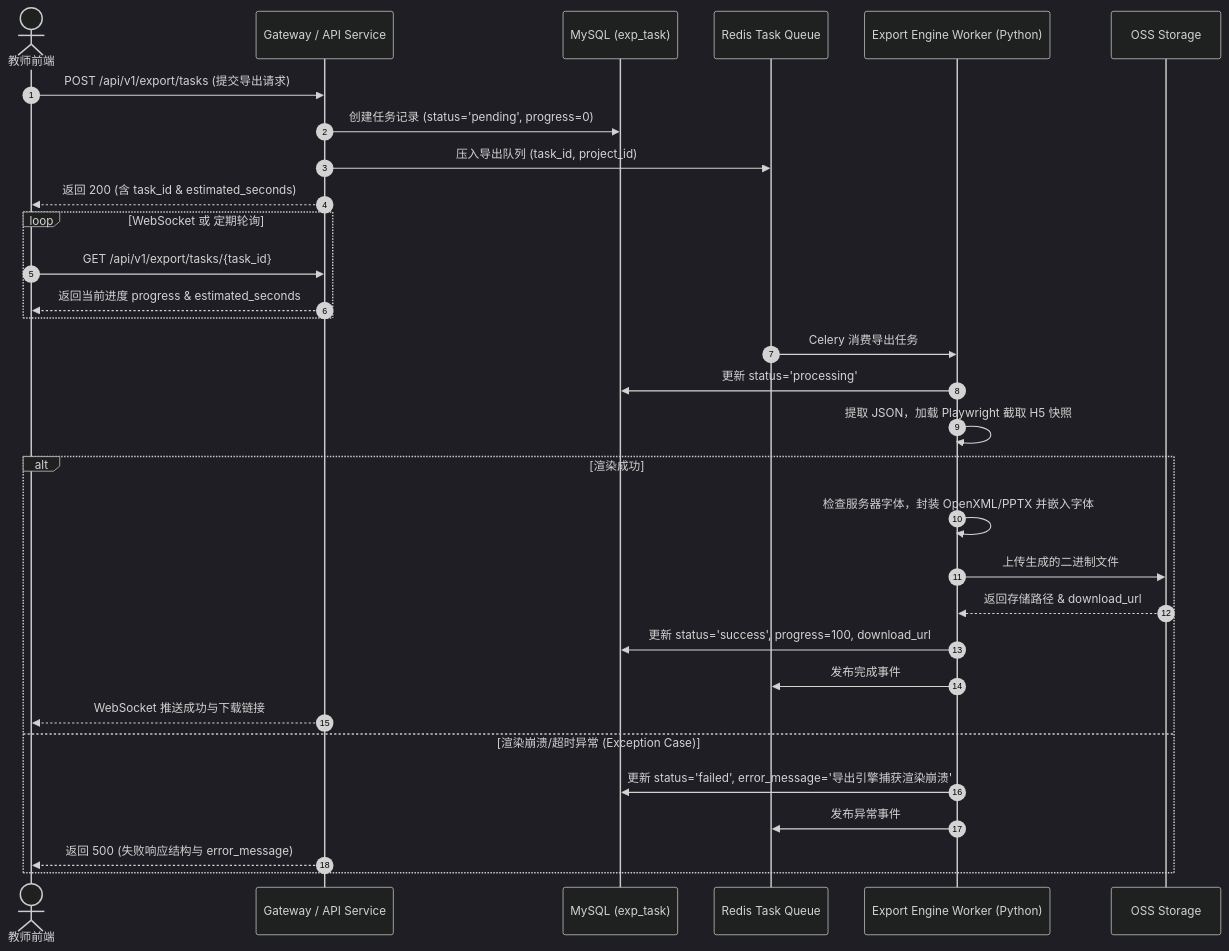
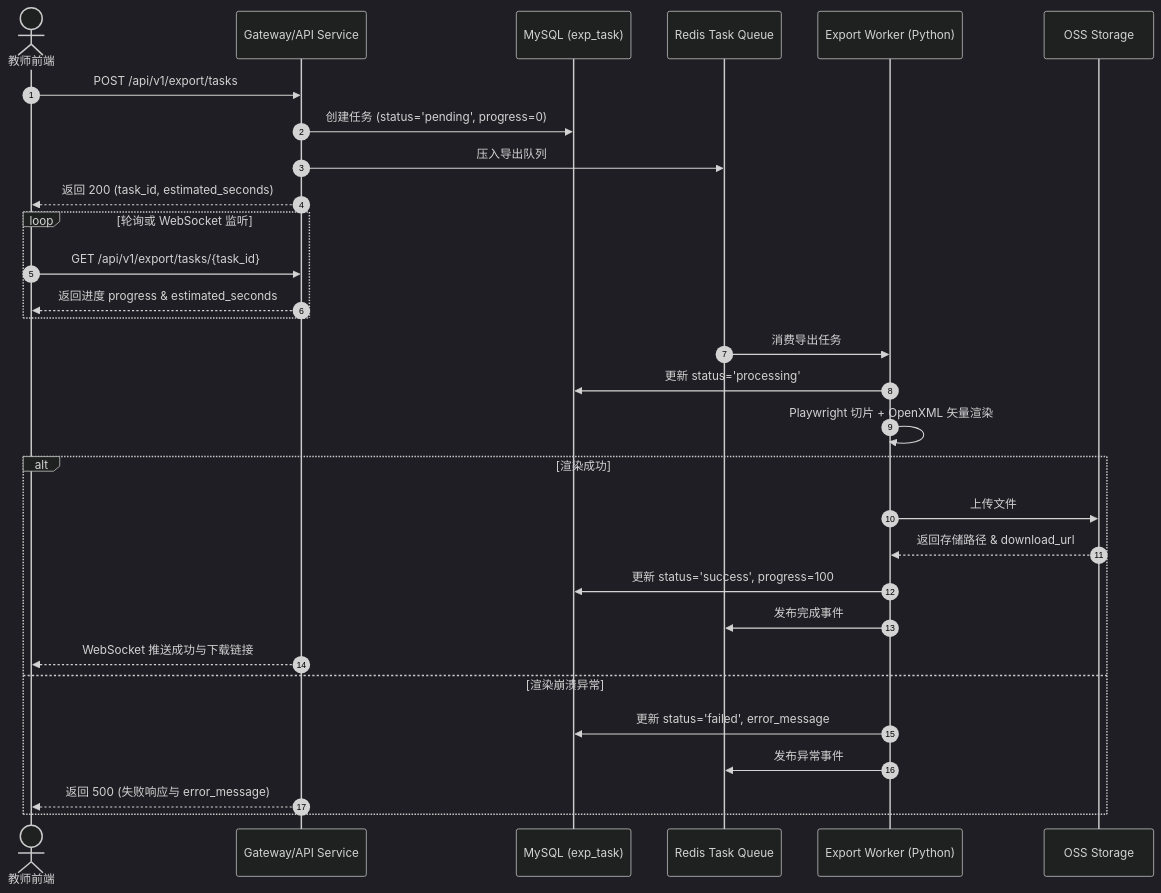
Before and after one commit to ltyqa/MyNote: the first of 2 diagrams in 服务外包2026/模块5和模块6_详细设计.md, drawn with Mermaid (dark theme). The commit also changed other lines of this file and 1 other file, not shown here.

````diff
--- a/服务外包2026/模块5和模块6_详细设计.md
+++ b/服务外包2026/模块5和模块6_详细设计.md
@@ -99,37 +154,36 @@
 ```mermaid
 sequenceDiagram
     autonumber
     actor Teacher as 教师前端
-    participant API as Gateway / API Service
+    participant API as Gateway/API Service
     participant TaskDB as MySQL (exp_task)
     participant Redis as Redis Task Queue
-    participant Worker as Export Engine Worker (Python)
+    participant Worker as Export Worker (Python)
     participant OSS as OSS Storage
 
-    Teacher->>API: POST /api/v1/export/tasks (提交导出请求)
-    API->>TaskDB: 创建任务记录 (status='pending', progress=0)
-    API->>Redis: 压入导出队列 (task_id, project_id)
-    API-->>Teacher: 返回 200 (含 task_id & estimated_seconds)
+    Teacher->>API: POST /api/v1/export/tasks
+    API->>TaskDB: 创建任务 (status='pending', progress=0)
+    API->>Redis: 压入导出队列
+    API-->>Teacher: 返回 200 (task_id, estimated_seconds)
 
-    loop WebSocket 或 定期轮询
+    loop 轮询或 WebSocket 监听
         Teacher->>API: GET /api/v1/export/tasks/{task_id}
-        API-->>Teacher: 返回当前进度 progress & estimated_seconds
+        API-->>Teacher: 返回进度 progress & estimated_seconds
     end
 
-    Redis->>Worker: Celery 消费导出任务
+    Redis->>Worker: 消费导出任务
     Worker->>TaskDB: 更新 status='processing'
-    Worker->>Worker: 提取 JSON，加载 Playwright 截取 H5 快照
+    Worker->>Worker: Playwright 切片 + OpenXML 矢量渲染
     
     alt 渲染成功
-        Worker->>Worker: 检查服务器字体，封装 OpenXML/PPTX 并嵌入字体
-        Worker->>OSS: 上传生成的二进制文件
+        Worker->>OSS: 上传文件
         OSS-->>Worker: 返回存储路径 & download_url
-        Worker->>TaskDB: 更新 status='success', progress=100, download_url
+        Worker->>TaskDB: 更新 status='success', progress=100
         Worker->>Redis: 发布完成事件
         API-->>Teacher: WebSocket 推送成功与下载链接
-    else 渲染崩溃/超时异常 (Exception Case)
-        Worker->>TaskDB: 更新 status='failed', error_message='导出引擎捕获渲染崩溃'
+    else 渲染崩溃异常
+        Worker->>TaskDB: 更新 status='failed', error_message
         Worker->>Redis: 发布异常事件
-        API-->>Teacher: 返回 500 (失败响应结构与 error_message)
+        API-->>Teacher: 返回 500 (失败响应与 error_message)
     end
 ```
````
